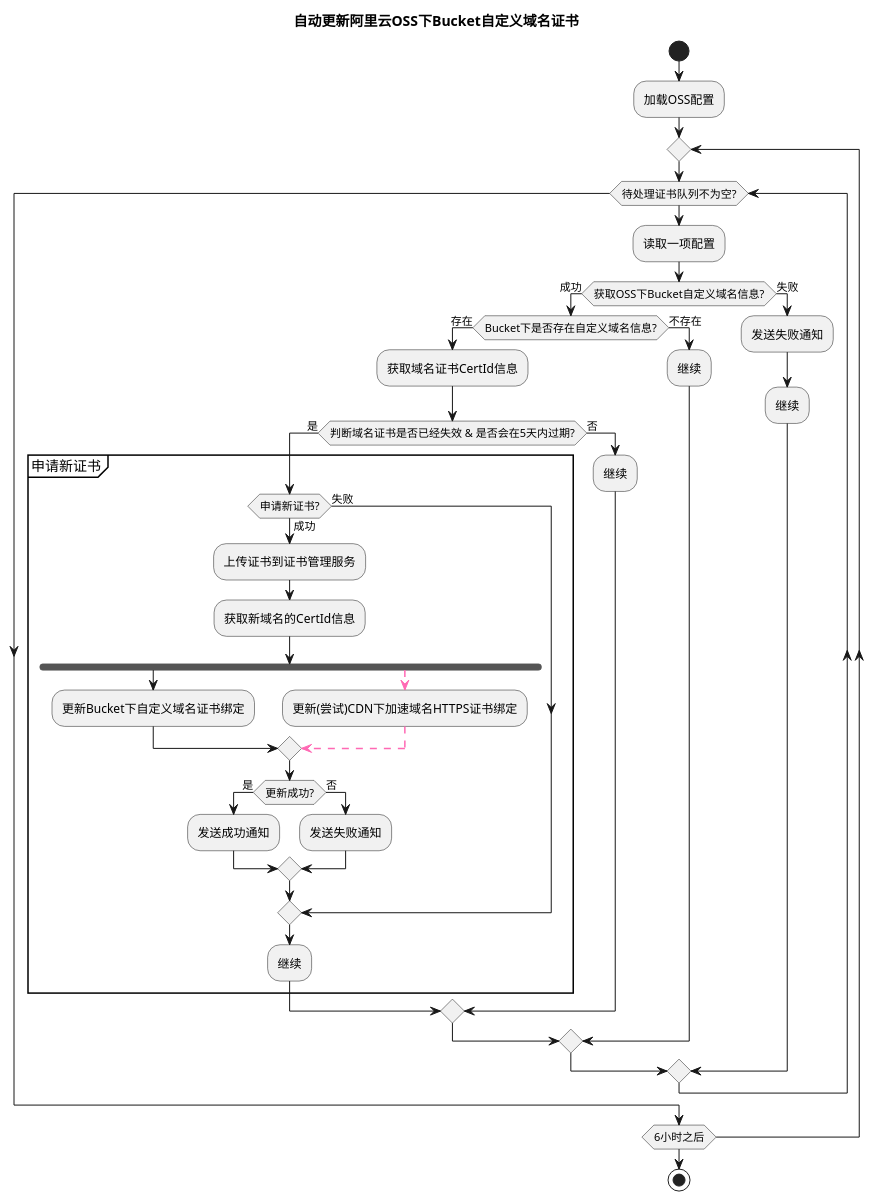
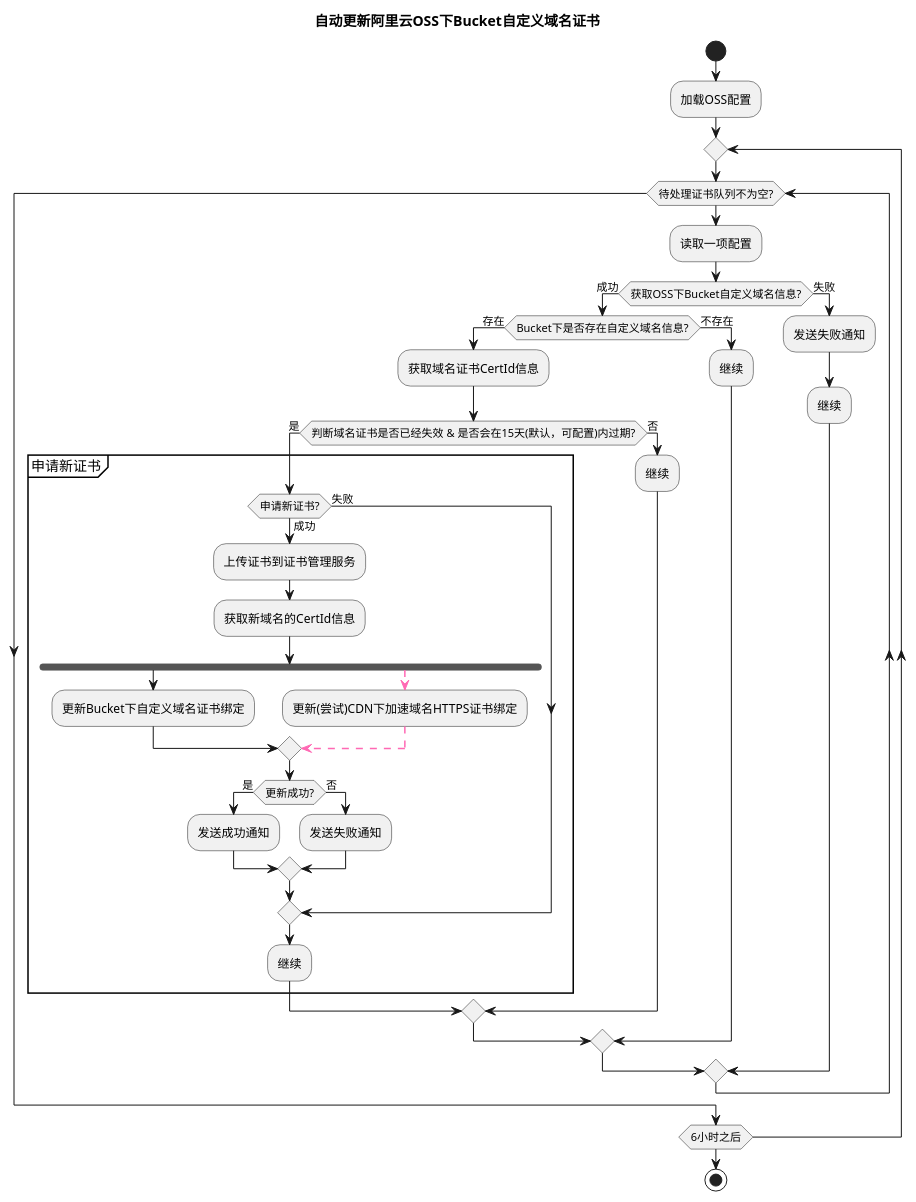
Before and after one commit to nekoimi/oss-auto-cert: the diagram in oss-auto-cert.puml, drawn with PlantUML. The commit also changed 8 other files, not shown here.

```diff
--- a/oss-auto-cert.puml
+++ b/oss-auto-cert.puml
@@ -1,48 +1,48 @@
 @startuml
 
 title: 自动更新阿里云OSS下Bucket自定义域名证书
 
 start
 :加载OSS配置;
 repeat
 while (待处理证书队列不为空?)
   :读取一项配置;
   if (获取OSS下Bucket自定义域名信息?) is (成功) then
     if (Bucket下是否存在自定义域名信息?) is (存在) then
       :获取域名证书CertId信息;
-      if (判断域名证书是否已经失效 & 是否会在5天内过期?) is (是) then
+      if (判断域名证书是否已经失效 & 是否会在15天(默认，可配置)内过期?) is (是) then
               group 申请新证书
                 if (申请新证书?) is (成功) then
                   :上传证书到证书管理服务;
                   :获取新域名的CertId信息;
                   fork
                     :更新Bucket下自定义域名证书绑定;
                   fork again
                     -[#hotpink,dashed]->
                     :更新(尝试)CDN下加速域名HTTPS证书绑定;
                     -[#hotpink,dashed]->
                   end merge
                   if (更新成功?) is (是) then
                     :发送成功通知;
                   else (否)
                     :发送失败通知;
                   endif
                 else (失败)
                 endif
                 :继续;
               end group
             else (否)
               :继续;
             endif
     else (不存在)
     :继续;
     endif
   else (失败)
     :发送失败通知;
     :继续;
   endif
 endwhile
 repeat while(6小时之后)
 stop
 
 @enduml
```
